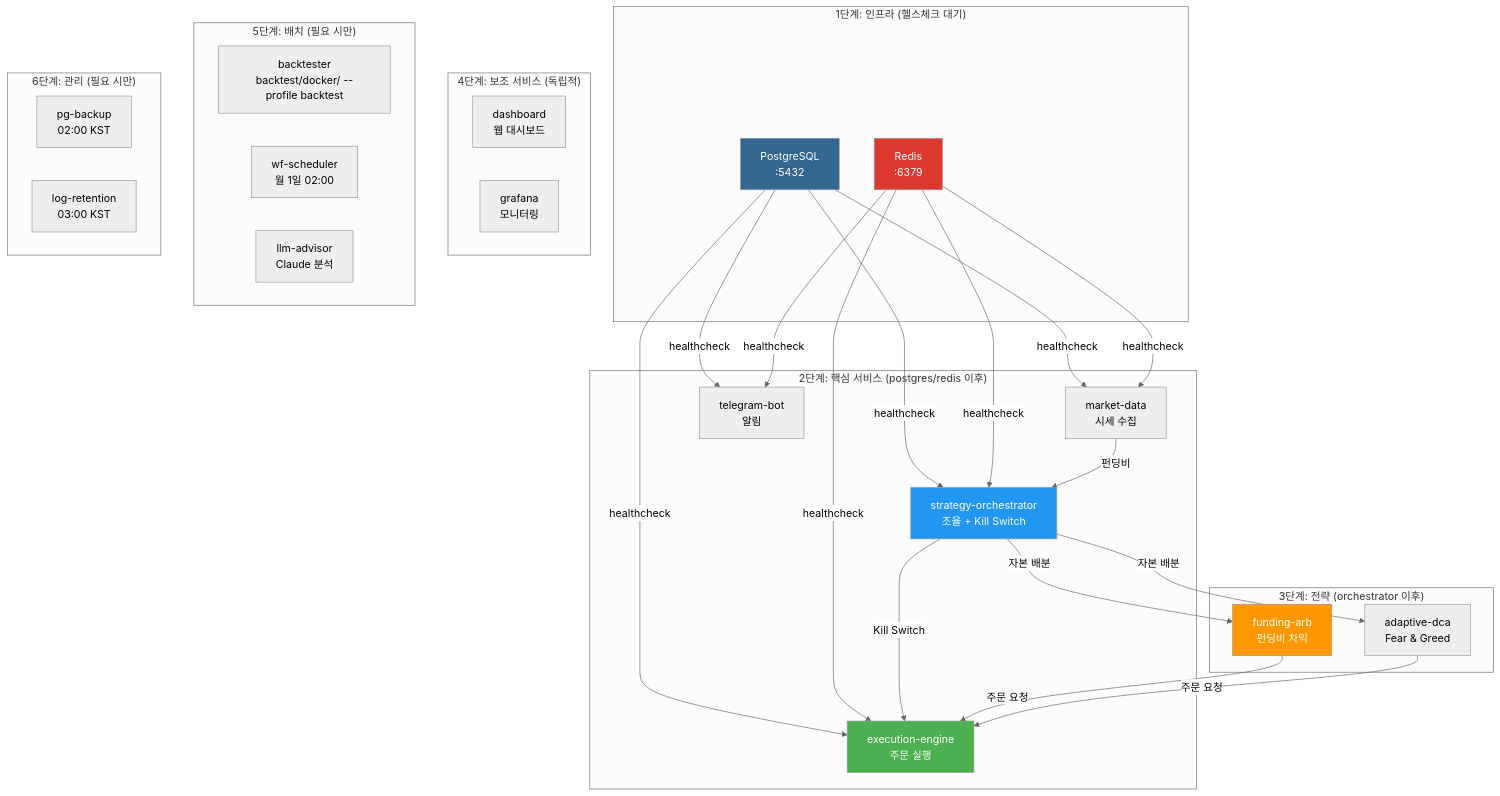
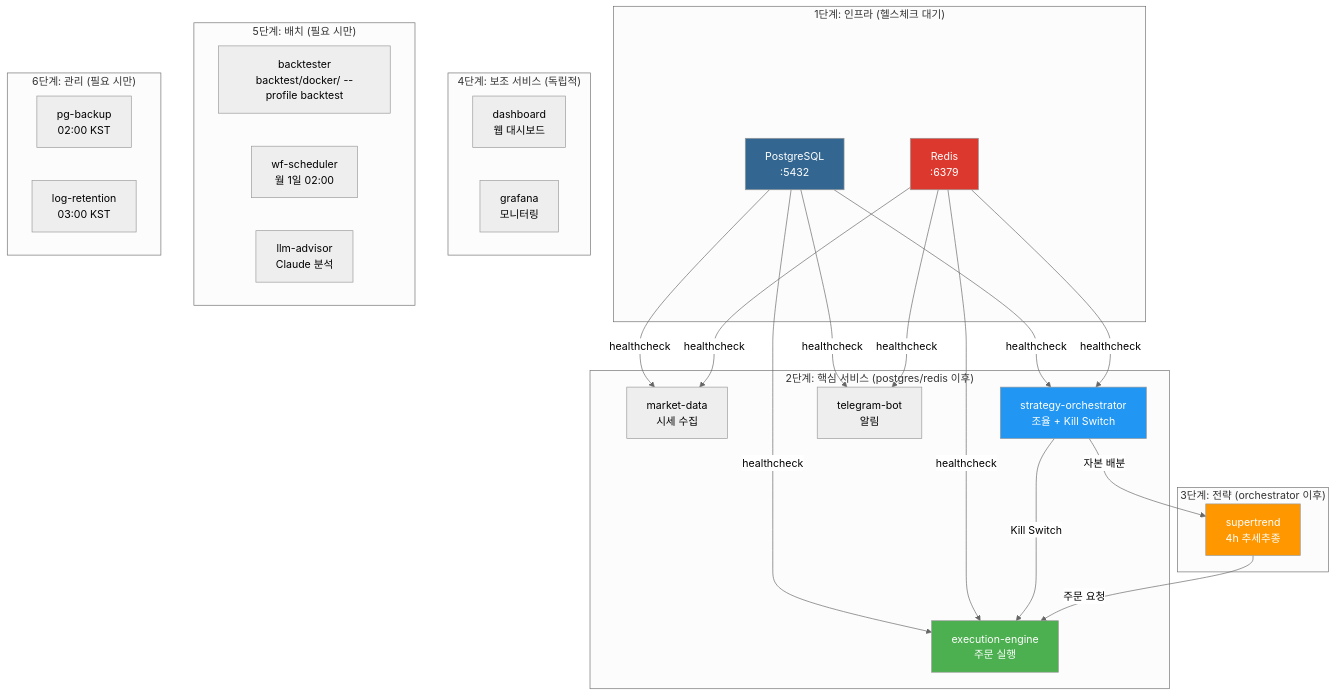
Before and after one commit to Justant-source/Bit-Mania: the diagram in docs/env/docker.md, drawn with Mermaid (neutral theme). The commit also changed other lines of this file and 34 other files, not shown here.

````diff
--- a/docs/env/docker.md
+++ b/docs/env/docker.md
@@ -136,58 +137,54 @@
 ```mermaid
 graph TD
     subgraph infra["1단계: 인프라 (헬스체크 대기)"]
         PG["PostgreSQL<br>:5432"]
         RD["Redis<br>:6379"]
     end
 
     subgraph core["2단계: 핵심 서비스 (postgres/redis 이후)"]
         MD["market-data<br>시세 수집"]
         ENG["execution-engine<br>주문 실행"]
         ORC["strategy-orchestrator<br>조율 + Kill Switch"]
         TG["telegram-bot<br>알림"]
     end
 
     subgraph strategy["3단계: 전략 (orchestrator 이후)"]
-        FA["funding-arb<br>펀딩비 차익"]
-        DCA["adaptive-dca<br>Fear & Greed"]
+        ST["supertrend<br>4h 추세추종"]
     end
 
     subgraph aux["4단계: 보조 서비스 (독립적)"]
         DASH["dashboard<br>웹 대시보드"]
         GF["grafana<br>모니터링"]
     end
 
     subgraph batch["5단계: 배치 (필요 시만)"]
         JE["backtester<br>backtest/docker/ --profile backtest"]
         WF["wf-scheduler<br>월 1일 02:00"]
         LLM["llm-advisor<br>Claude 분석"]
     end
 
     subgraph mgmt["6단계: 관리 (필요 시만)"]
         PGB["pg-backup<br>02:00 KST"]
         LR["log-retention<br>03:00 KST"]
     end
 
     PG -->|"healthcheck"| MD
     PG -->|"healthcheck"| ENG
     PG -->|"healthcheck"| ORC
     PG -->|"healthcheck"| TG
     RD -->|"healthcheck"| MD
     RD -->|"healthcheck"| ENG
     RD -->|"healthcheck"| ORC
     RD -->|"healthcheck"| TG
 
-    MD -->|"펀딩비"| ORC
-    ORC -->|"자본 배분"| FA
-    ORC -->|"자본 배분"| DCA
+    ORC -->|"자본 배분"| ST
     ORC -->|"Kill Switch"| ENG
 
-    FA -->|"주문 요청"| ENG
-    DCA -->|"주문 요청"| ENG
+    ST -->|"주문 요청"| ENG
 
     style PG fill:#336791,color:#fff
     style RD fill:#dc382d,color:#fff
-    style FA fill:#ff9800,color:#fff
+    style ST fill:#ff9800,color:#fff
     style ENG fill:#4caf50,color:#fff
     style ORC fill:#2196f3,color:#fff
 ```
````
